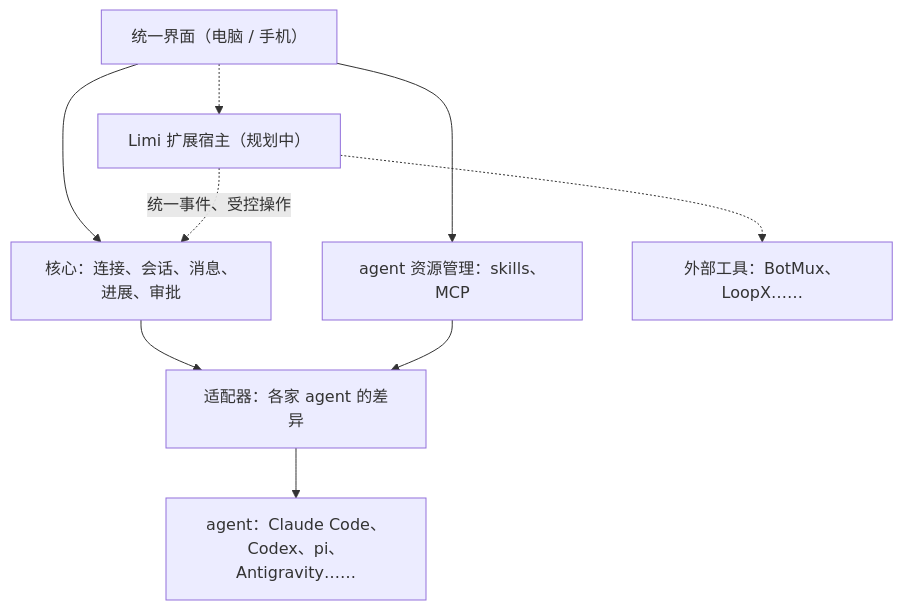
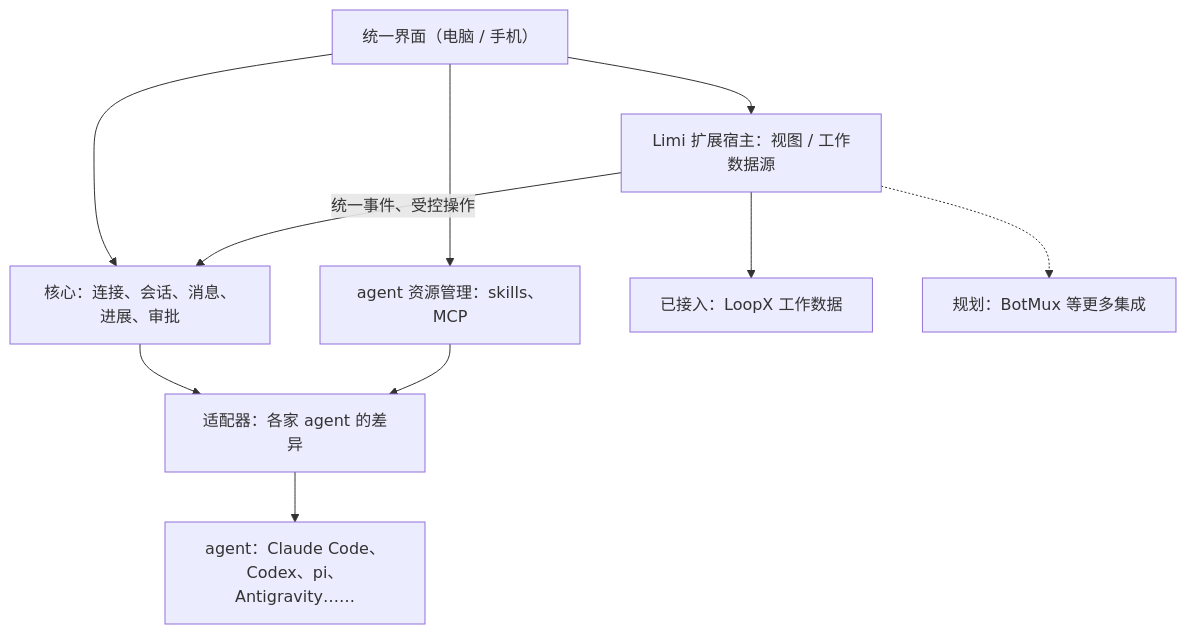
The diagram in docs/VISION.md (Littlezjh/calli), drawn with Mermaid before and after one commit. The commit also changed other lines of this file and 12 other files, not shown here.

````diff
--- a/docs/VISION.md
+++ b/docs/VISION.md
@@ -34,11 +34,12 @@
 ```mermaid
 flowchart TB
   UI["统一界面（电脑 / 手机）"] --> Core["核心：连接、会话、消息、进展、审批"]
   UI --> Res["agent 资源管理：skills、MCP"]
-  UI -.-> Host["Limi 扩展宿主（规划中）"]
+  UI --> Host["Limi 扩展宿主：视图 / 工作数据源"]
   Core --> Adapters["适配器：各家 agent 的差异"]
   Res --> Adapters
   Adapters --> Agents["agent：Claude Code、Codex、pi、Antigravity……"]
-  Host -.->|统一事件、受控操作| Core
-  Host -.-> Tools["外部工具：BotMux、LoopX……"]
+  Host -->|统一事件、受控操作| Core
+  Host --> Tools["已接入：LoopX 工作数据"]
+  Host -.-> Future["规划：BotMux 等更多集成"]
 ```
````
